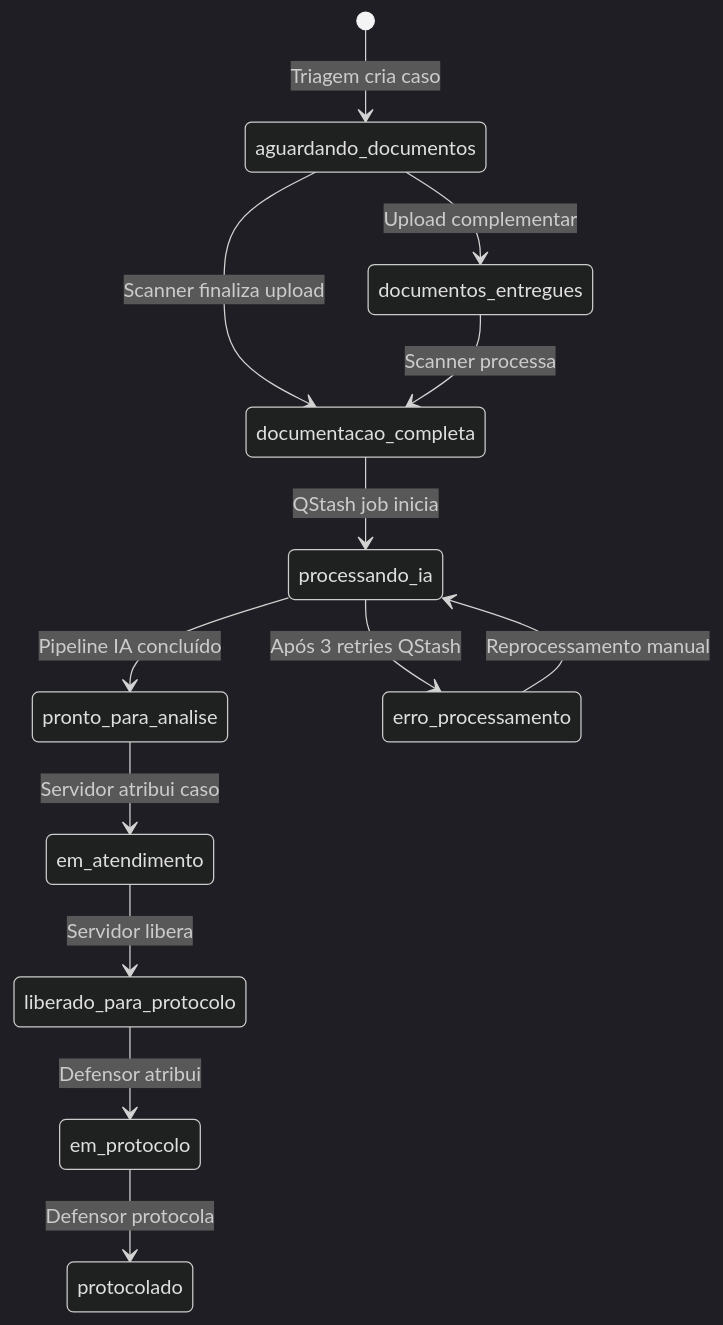
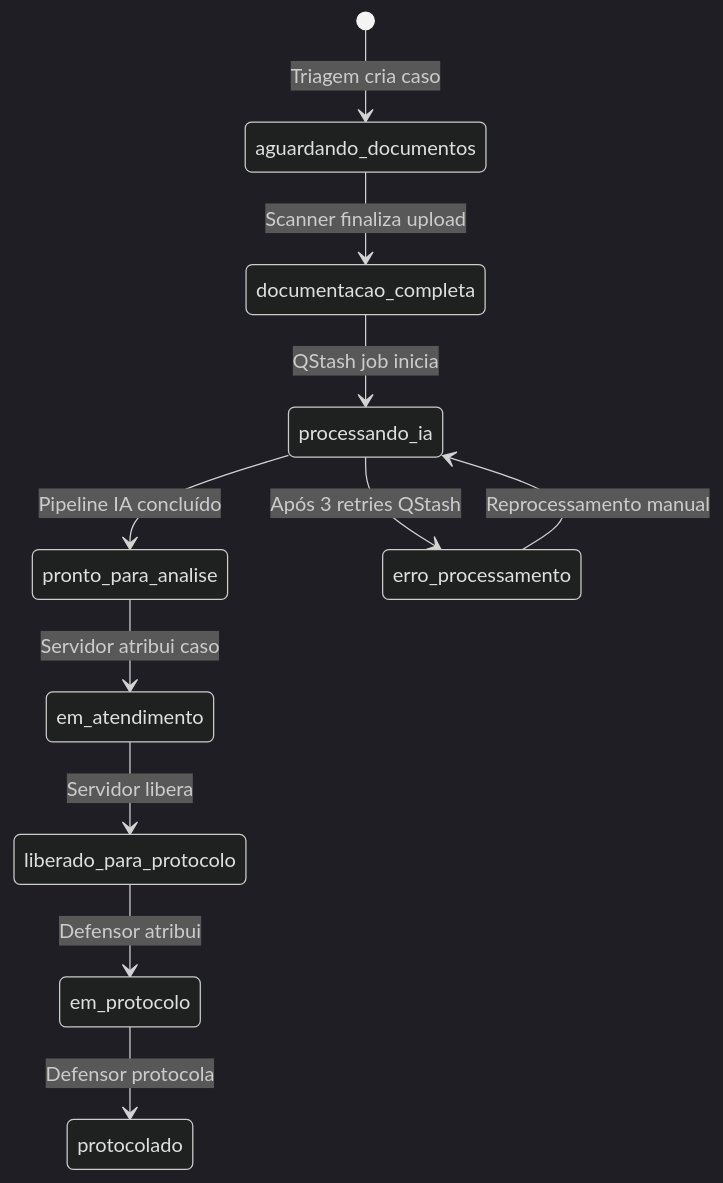
One commit to CJVW-Code/maes_acao changed the second of 3 diagrams in arquivos/Conhecimento/01-Referencia/ARCHITECTURE.md. Above: the diagram before and after it, drawn with Mermaid (dark theme). The commit also changed other lines of this file and 12 other files, not shown here.

````diff
--- a/arquivos/Conhecimento/01-Referencia/ARCHITECTURE.md
+++ b/arquivos/Conhecimento/01-Referencia/ARCHITECTURE.md
@@ -162,18 +161,15 @@
 ```mermaid
 stateDiagram-v2
     [*] --> aguardando_documentos : Triagem cria caso
 
     aguardando_documentos --> documentacao_completa : Scanner finaliza upload
     documentacao_completa --> processando_ia : QStash job inicia
     processando_ia --> pronto_para_analise : Pipeline IA concluído
     processando_ia --> erro_processamento : Após 3 retries QStash
     erro_processamento --> processando_ia : Reprocessamento manual
 
     pronto_para_analise --> em_atendimento : Servidor atribui caso
     em_atendimento --> liberado_para_protocolo : Servidor libera
     liberado_para_protocolo --> em_protocolo : Defensor atribui
     em_protocolo --> protocolado : Defensor protocola
-
-    aguardando_documentos --> documentos_entregues : Upload complementar
-    documentos_entregues --> documentacao_completa : Scanner processa
 ```
````
